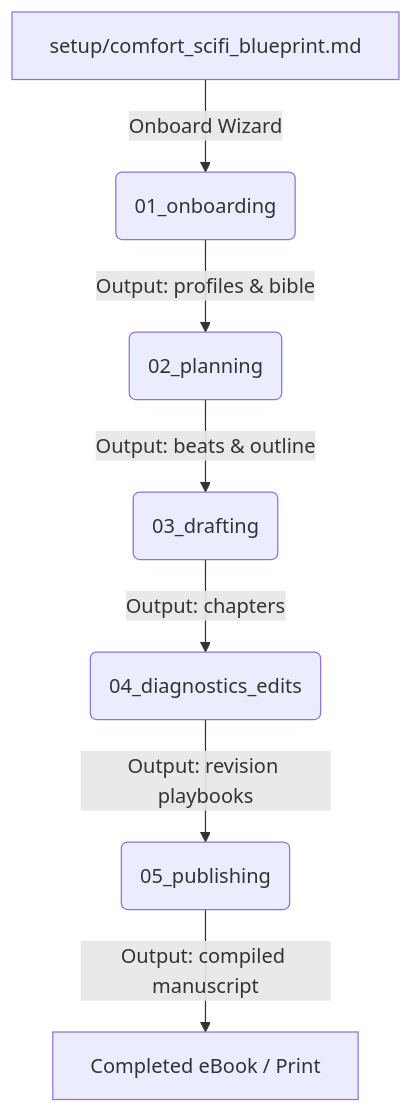
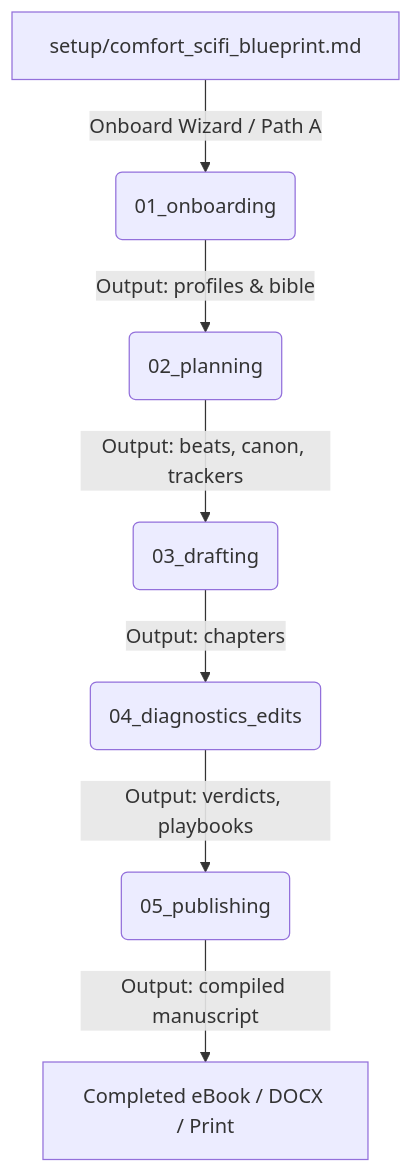
The diagram in CONTEXT.md (richardelder2/Soundboard), drawn with Mermaid before and after one commit. The commit also changed other lines of this file and 6 other files, not shown here.

````diff
--- a/CONTEXT.md
+++ b/CONTEXT.md
@@ -7,9 +7,9 @@
 ```mermaid
 graph TD
-    A[setup/comfort_scifi_blueprint.md] -->|Onboard Wizard| B(01_onboarding)
+    A[setup/comfort_scifi_blueprint.md] -->|Onboard Wizard / Path A| B(01_onboarding)
     B -->|Output: profiles & bible| C(02_planning)
-    C -->|Output: beats & outline| D(03_drafting)
+    C -->|Output: beats, canon, trackers| D(03_drafting)
     D -->|Output: chapters| E(04_diagnostics_edits)
-    E -->|Output: revision playbooks| F(05_publishing)
-    F -->|Output: compiled manuscript| G[Completed eBook / Print]
+    E -->|Output: verdicts, playbooks| F(05_publishing)
+    F -->|Output: compiled manuscript| G[Completed eBook / DOCX / Print]
 ```
````
